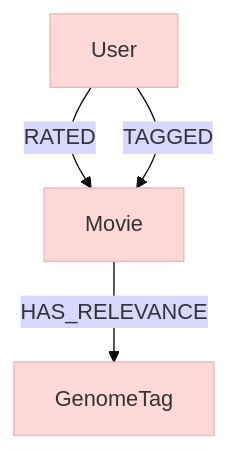
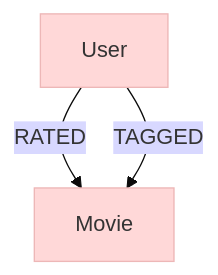
One commit to enzofali/bdnr changed the second of 2 diagrams in README.md. Above: the diagram before and after it, drawn with Mermaid. The commit also changed other lines of this file and 1 other file, not shown here.

Commit message:
update nb

````diff
--- a/README.md
+++ b/README.md
@@ -280,11 +278,9 @@
 ```mermaid
 %%{init: {'theme': 'base', 'themeVariables': { 'primaryColor': '#ffd8d8'}}}%%
 graph TD
     User -->|RATED| Movie
     User -->|TAGGED| Movie
-    Movie -->|HAS_RELEVANCE| GenomeTag
 
     User[User]
     Movie[Movie]
-    GenomeTag[GenomeTag]
 ```
````
